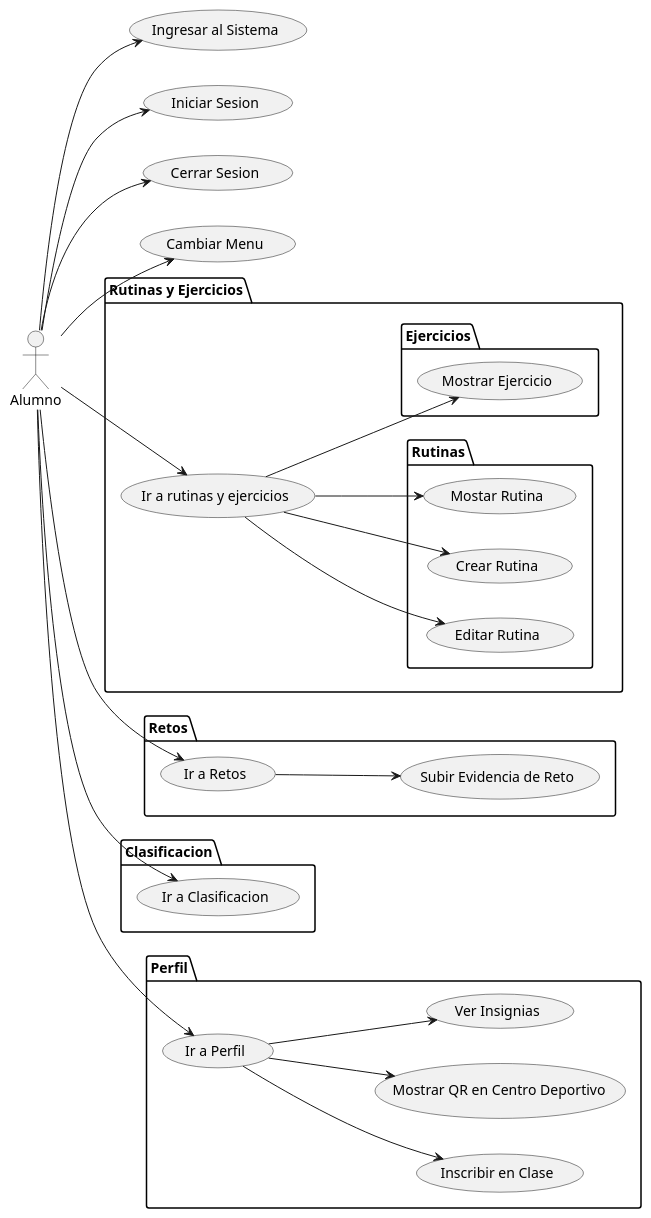
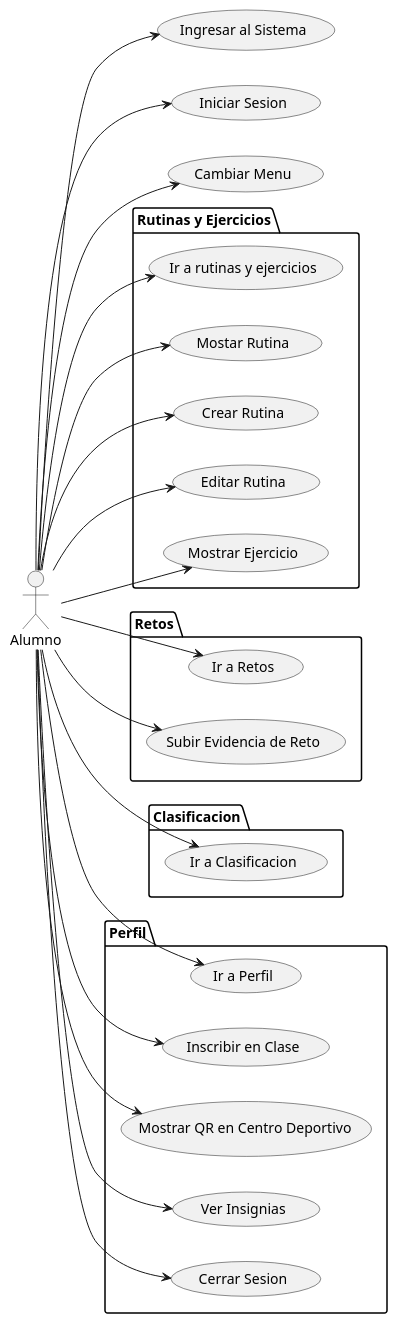
One commit to mmasias/24-25-IdSw1-SDR changed the diagram in Documentos/CasosUso/CdU_Alumno.puml. Above: the diagram before and after it, drawn with PlantUML.

```diff
--- a/Documentos/CasosUso/CdU_Alumno.puml
+++ b/Documentos/CasosUso/CdU_Alumno.puml
@@ -1,62 +1,63 @@
 @startuml CdU_Alumno
 left to right direction
 
 actor Alumno
 
 package "Rutinas y Ejercicios" {
     usecase "Ir a rutinas y ejercicios" as IrARutinasYEjercicios
 
-    package "Rutinas" {
+   
         usecase "Mostar Rutina" as MostrarRutina
         usecase "Crear Rutina" as CrearRutina
         usecase "Editar Rutina" as EditarRutina
-    }
+    
 
-    package "Ejercicios" {
+   
         usecase "Mostrar Ejercicio" as MostrarEjercicio
-    }
+    
 }
 
 package Retos {
     usecase "Ir a Retos" as IrARetos
     usecase "Subir Evidencia de Reto" as SubirEvidencia
 }
 
 package Clasificacion {
     usecase "Ir a Clasificacion" as IrAClasificacion
 }
 
 package Perfil {
     usecase "Ir a Perfil" as IrAPerfil
     usecase "Inscribir en Clase" as InscribirEnClase
     usecase "Mostrar QR en Centro Deportivo" as MostrarQRCentros
     usecase "Ver Insignias" as VerInsignias
+    usecase "Cerrar Sesion" as CerrarSesion
 }
 
 usecase "Ingresar al Sistema" as IngresarAlSistema
 usecase "Iniciar Sesion" as IniciarSesion
-usecase "Cerrar Sesion" as CerrarSesion
+
 usecase "Cambiar Menu" as CambiarMenu
 
 Alumno --> IngresarAlSistema
 Alumno --> IniciarSesion
 Alumno --> CerrarSesion
 Alumno --> CambiarMenu
 
 Alumno --> IrARutinasYEjercicios
-IrARutinasYEjercicios --> MostrarRutina
-IrARutinasYEjercicios --> CrearRutina
-IrARutinasYEjercicios --> EditarRutina
-IrARutinasYEjercicios --> MostrarEjercicio
+Alumno --> MostrarRutina
+Alumno --> CrearRutina
+Alumno --> EditarRutina
+Alumno --> MostrarEjercicio
 
 Alumno --> IrARetos
-IrARetos --> SubirEvidencia
+Alumno --> SubirEvidencia
 
 Alumno --> IrAClasificacion
 
 Alumno --> IrAPerfil
-IrAPerfil --> InscribirEnClase
-IrAPerfil --> MostrarQRCentros
-IrAPerfil --> VerInsignias
+Alumno --> InscribirEnClase
+Alumno --> MostrarQRCentros
+Alumno --> VerInsignias
 
 @enduml
```
